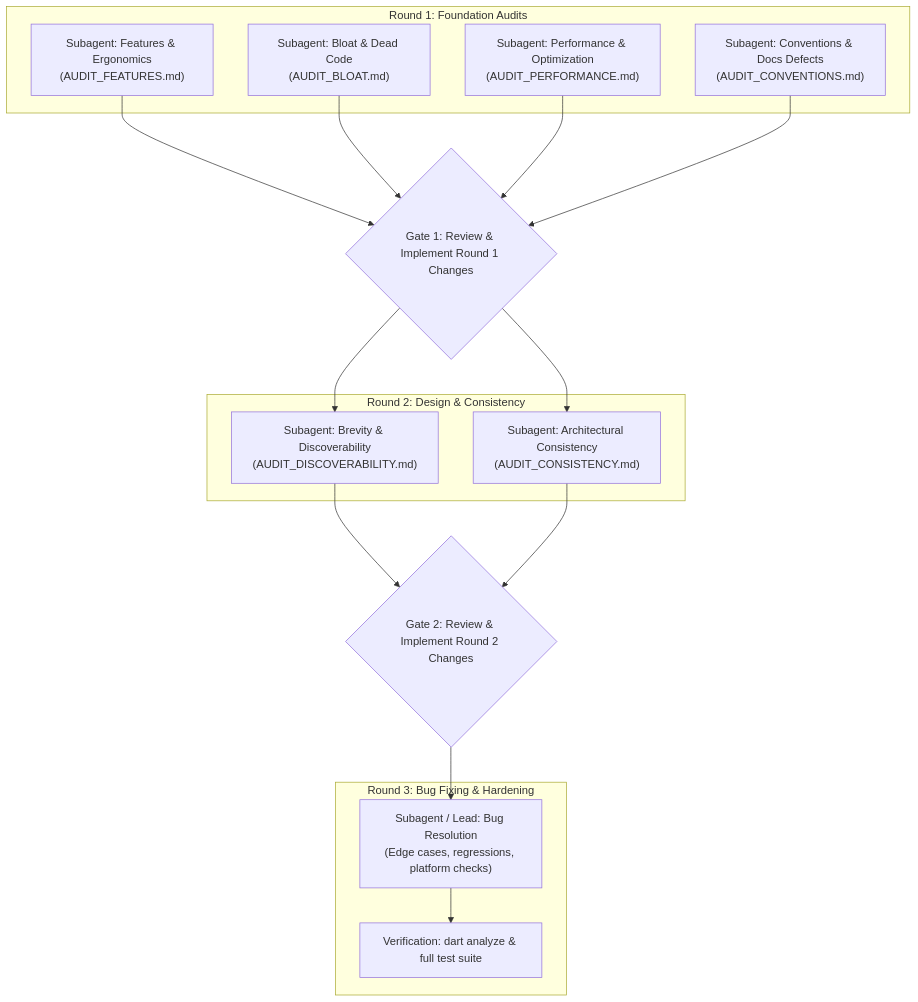
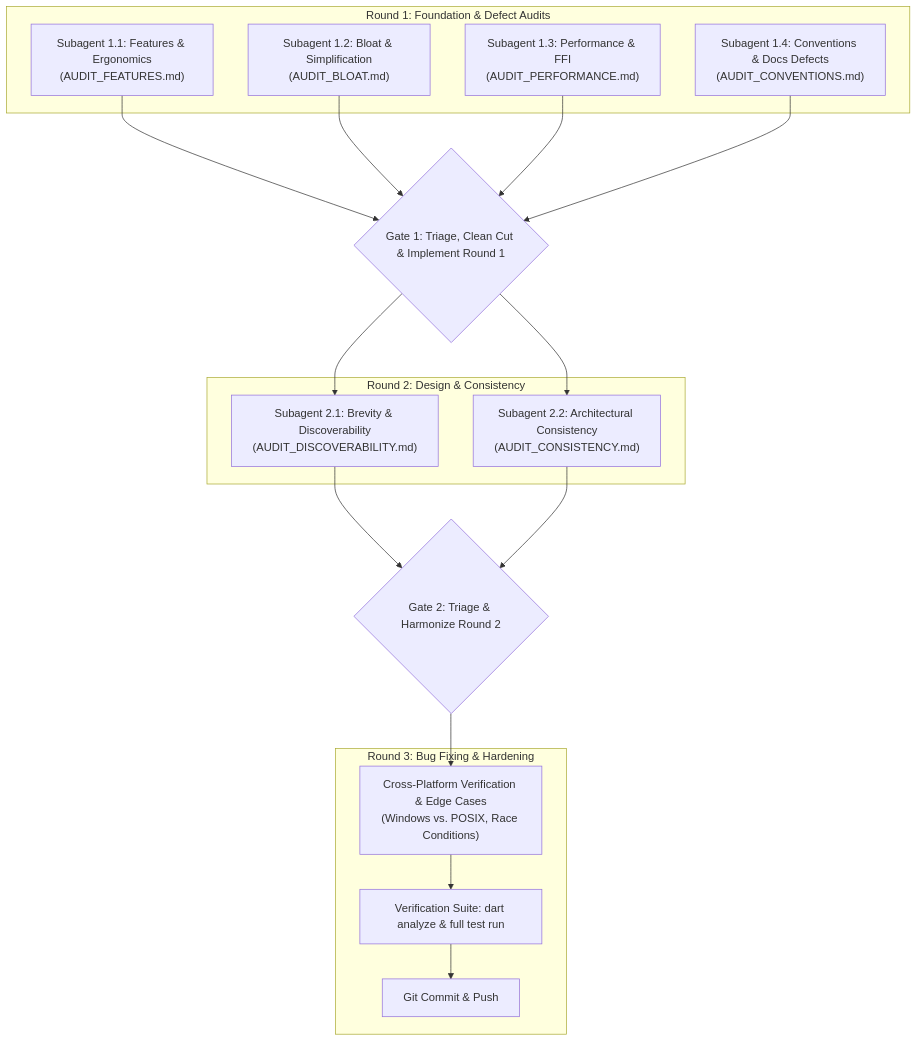
Before and after one commit to feiluvnana/dart-toolkit: the diagram in WORKFLOW.md, drawn with Mermaid. The commit also changed other lines of this file, not shown here.

Commit message:
docs: enrich WORKFLOW.md with clean-cut policy, triage priority, FFI scope, and structured audit schema

````diff
--- a/WORKFLOW.md
+++ b/WORKFLOW.md
@@ -9,34 +24,36 @@
 ```mermaid
 flowchart TD
-    subgraph Round 1: Foundation Audits
-        A1["Subagent: Features & Ergonomics\n(AUDIT_FEATURES.md)"]
-        A2["Subagent: Bloat & Dead Code\n(AUDIT_BLOAT.md)"]
-        A3["Subagent: Performance & Optimization\n(AUDIT_PERFORMANCE.md)"]
-        A4["Subagent: Conventions & Docs Defects\n(AUDIT_CONVENTIONS.md)"]
+    subgraph Round 1: Foundation & Defect Audits
+        A1["Subagent 1.1: Features & Ergonomics\n(AUDIT_FEATURES.md)"]
+        A2["Subagent 1.2: Bloat & Simplification\n(AUDIT_BLOAT.md)"]
+        A3["Subagent 1.3: Performance & FFI\n(AUDIT_PERFORMANCE.md)"]
+        A4["Subagent 1.4: Conventions & Docs Defects\n(AUDIT_CONVENTIONS.md)"]
     end
 
-    G1{"Gate 1: Review & Implement Round 1 Changes"}
+    G1{"Gate 1: Triage, Clean Cut & Implement Round 1"}
 
     subgraph Round 2: Design & Consistency
-        B1["Subagent: Brevity & Discoverability\n(AUDIT_DISCOVERABILITY.md)"]
-        B2["Subagent: Architectural Consistency\n(AUDIT_CONSISTENCY.md)"]
+        B1["Subagent 2.1: Brevity & Discoverability\n(AUDIT_DISCOVERABILITY.md)"]
+        B2["Subagent 2.2: Architectural Consistency\n(AUDIT_CONSISTENCY.md)"]
     end
 
-    G2{"Gate 2: Review & Implement Round 2 Changes"}
+    G2{"Gate 2: Triage & Harmonize Round 2"}
 
     subgraph Round 3: Bug Fixing & Hardening
-        C1["Subagent / Lead: Bug Resolution\n(Edge cases, regressions, platform checks)"]
-        C2["Verification: dart analyze & full test suite"]
+        C1["Cross-Platform Verification & Edge Cases\n(Windows vs. POSIX, Race Conditions)"]
+        C2["Verification Suite: dart analyze & full test run"]
+        C3["Git Commit & Push"]
     end
 
     A1 --> G1
     A2 --> G1
     A3 --> G1
     A4 --> G1
     G1 --> B1
     G1 --> B2
     B1 --> G2
     B2 --> G2
     G2 --> C1
     C1 --> C2
+    C2 --> C3
 ```
````
